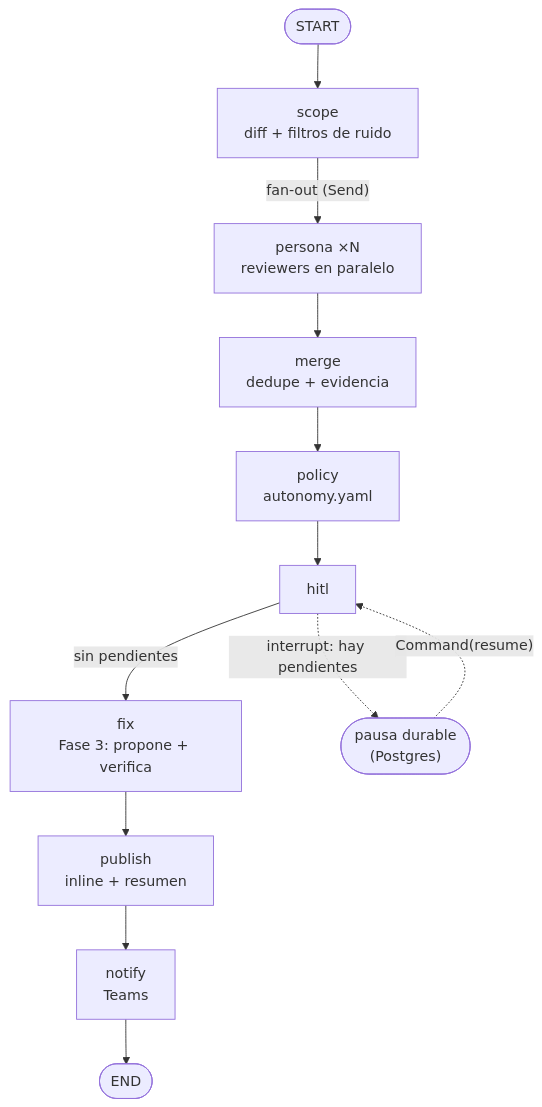
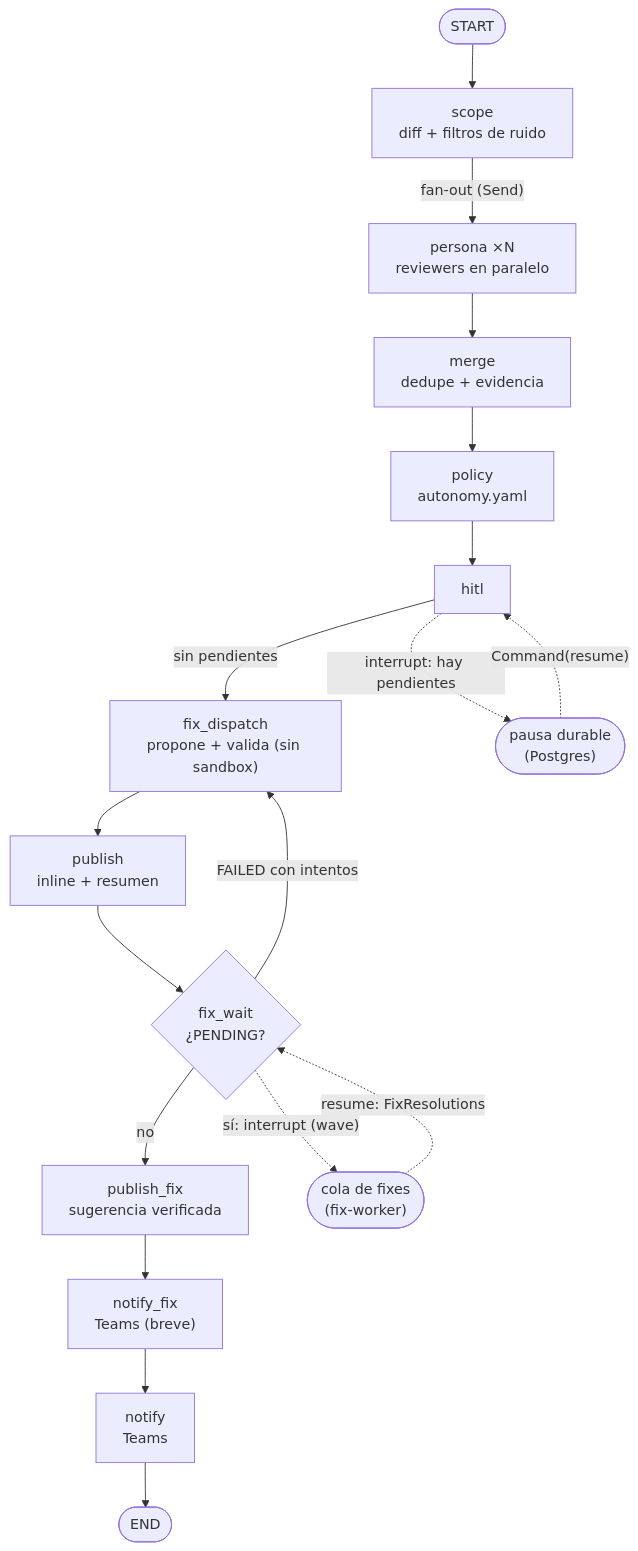
Before and after one commit to pcgarat/agent-review-langgraph: the second of 2 diagrams in README.md, drawn with Mermaid. The commit also changed other lines of this file and 50 other files, not shown here.

````diff
--- a/README.md
+++ b/README.md
@@ -82,14 +88,20 @@
 ```mermaid
 flowchart TD
     START([START]) --> scope
     scope["scope<br/>diff + filtros de ruido"] -->|"fan-out (Send)"| persona
     persona["persona ×N<br/>reviewers en paralelo"] --> merge
     merge["merge<br/>dedupe + evidencia"] --> policy
     policy["policy<br/>autonomy.yaml"] --> hitl
-    hitl -->|"sin pendientes"| fix
-    fix["fix<br/>Fase 3: propone + verifica"] --> publish
+    hitl -->|"sin pendientes"| fix_dispatch
+    fix_dispatch["fix_dispatch<br/>propone + valida (sin sandbox)"] --> publish
     hitl -.->|"interrupt: hay pendientes"| PAUSE(["pausa durable<br/>(Postgres)"])
     PAUSE -.->|"Command(resume)"| hitl
-    publish["publish<br/>inline + resumen"] --> notify
+    publish["publish<br/>inline + resumen"] --> fix_wait
+    fix_wait{"fix_wait<br/>¿PENDING?"} -->|"no"| publish_fix
+    fix_wait -.->|"sí: interrupt (wave)"| FIXPAUSE(["cola de fixes<br/>(fix-worker)"])
+    FIXPAUSE -.->|"resume: FixResolutions"| fix_wait
+    fix_wait -->|"FAILED con intentos"| fix_dispatch
+    publish_fix["publish_fix<br/>sugerencia verificada"] --> notify_fix
+    notify_fix["notify_fix<br/>Teams (breve)"] --> notify
     notify["notify<br/>Teams"] --> END([END])
 ```
````
